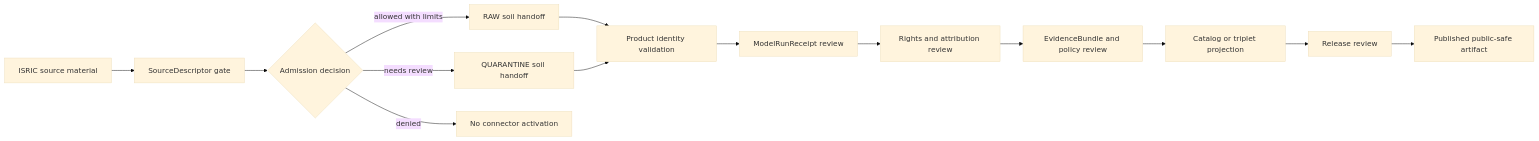
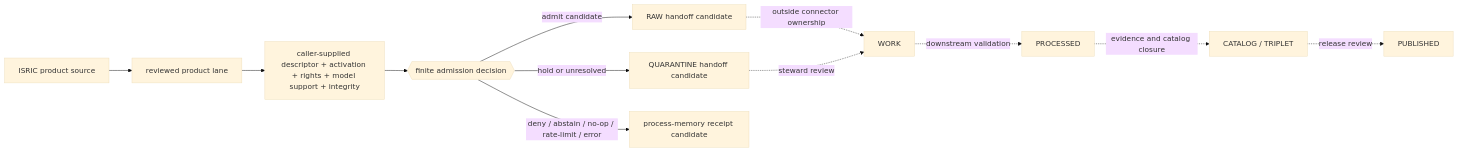
The diagram in connectors/isric/README.md (bartytime4life/Kansas-Frontier-Matrix), drawn with Mermaid (base theme) before and after one commit. The commit also changed other lines of this file, not shown here.

Commit message:
docs(connectors): revise ISRIC family admission contract

````diff
--- a/connectors/isric/README.md
+++ b/connectors/isric/README.md
@@ -171,16 +293,14 @@
 ```mermaid
 flowchart LR
-  A[ISRIC source material] --> B[SourceDescriptor gate]
-  B --> C{Admission decision}
-  C -->|allowed with limits| D[RAW soil handoff]
-  C -->|needs review| Q[QUARANTINE soil handoff]
-  C -->|denied| X[No connector activation]
-  D --> E[Product identity validation]
-  Q --> E
-  E --> F[ModelRunReceipt review]
-  F --> G[Rights and attribution review]
-  G --> H[EvidenceBundle and policy review]
-  H --> I[Catalog or triplet projection]
-  I --> R[Release review]
-  R --> P[Published public-safe artifact]
+  EXT[ISRIC product source] --> PROD[reviewed product lane]
+  PROD --> GATE[caller-supplied descriptor + activation + rights + model support + integrity]
+  GATE --> DECIDE{{finite admission decision}}
+  DECIDE -->|admit candidate| RAW[RAW handoff candidate]
+  DECIDE -->|hold or unresolved| QUAR[QUARANTINE handoff candidate]
+  DECIDE -->|deny / abstain / no-op / rate-limit / error| REC[process-memory receipt candidate]
+  RAW -. outside connector ownership .-> WORK[WORK]
+  QUAR -. steward review .-> WORK
+  WORK -. downstream validation .-> PROC[PROCESSED]
+  PROC -. evidence and catalog closure .-> CAT[CATALOG / TRIPLET]
+  CAT -. release review .-> PUB[PUBLISHED]
 ```
````
